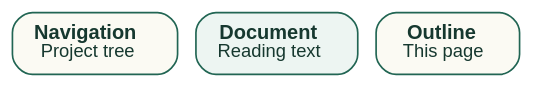
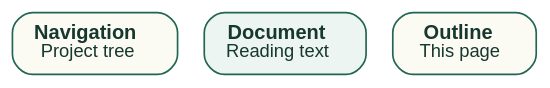
Before and after one commit to insanai/guidedog: the diagram in docs/manual/topics/typography.rst, drawn with Graphviz. The commit also changed other lines of this file and 12 other files, not shown here.

Commit message:
docs: expand manual reference, guides and diagrams for static publishing

```diff
--- a/docs/manual/topics/typography.rst
+++ b/docs/manual/topics/typography.rst
@@ -18,18 +18,17 @@
 .. graphviz::
    :class: graphviz-adaptive
    :caption: Three-region reading layout for HTML documentation.
    :alt: Navigation column on left, main document text column in center, local section outline on right.
 
    digraph reading_layout {
-     graph [rankdir=TB, bgcolor="transparent", pad="0.22", nodesep="0.3", ranksep="0.35"];
+     graph [rankdir=LR, bgcolor="transparent", pad="0.22", nodesep="0.18", ranksep="0.22"];
      node [shape=box, style="rounded,filled", fillcolor="#edf5f2", color="#216553",
            fontname="Helvetica", fontcolor="#16382f", fontsize=12, margin="0.18,0.1"];
      edge [color="#216553", fontname="Helvetica", fontcolor="#16382f", fontsize=10, arrowsize=0.7];
-     graph [rankdir=LR, nodesep="0.12", ranksep="0.15"];
      nav [class="gd-input", fillcolor="#fbfaf3", width=1.2,
           label=<<B>Navigation</B><BR/><FONT POINT-SIZE="11">Project tree</FONT>>];
      doc [width=1.2, label=<<B>Document</B><BR/><FONT POINT-SIZE="11">Reading text</FONT>>];
      toc [class="gd-input", fillcolor="#fbfaf3", width=1.2,
           label=<<B>Outline</B><BR/><FONT POINT-SIZE="11">This page</FONT>>];
      nav -> doc -> toc [style=invis];
    }
```
